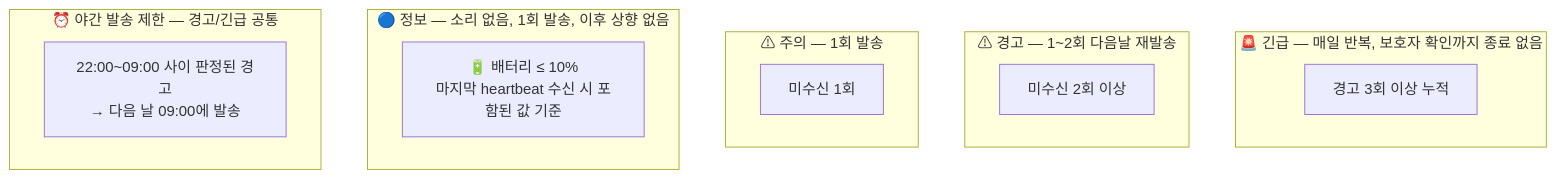
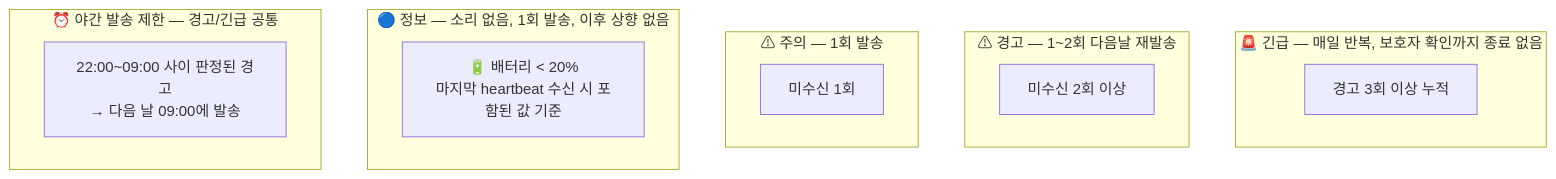
The sixth of 7 diagrams in .ref/heartbeat_flowchart.md (l10s18bok/kr.co.anbucheck), drawn with Mermaid before and after one commit. The commit also changed other lines of this file and 2 other files, not shown here.

First line of the commit message:
문서 개선: 배터리 경고 임계값 10% → 20% 미만, 로컬 알림 안전망 설계 반영

````diff
--- a/.ref/heartbeat_flowchart.md
+++ b/.ref/heartbeat_flowchart.md
@@ -208,22 +208,22 @@
 ```mermaid
 flowchart TD
     subgraph 긴급등급[🚨 긴급 — 매일 반복, 보호자 확인까지 종료 없음]
         U1[경고 3회 이상 누적]
     end
 
     subgraph 경고등급[⚠ 경고 — 1~2회 다음날 재발송]
         W1[미수신 2회 이상]
     end
 
     subgraph 주의등급[⚠ 주의 — 1회 발송]
         C1[미수신 1회]
     end
 
     subgraph 정보등급[🔵 정보 — 소리 없음, 1회 발송, 이후 상향 없음]
-        I1[🔋 배터리 ≤ 10%<br/>마지막 heartbeat 수신 시 포함된 값 기준]
+        I1[🔋 배터리 < 20%<br/>마지막 heartbeat 수신 시 포함된 값 기준]
     end
 
     subgraph 야간발송제한[⏰ 야간 발송 제한 — 경고/긴급 공통]
         N1[22:00~09:00 사이 판정된 경고<br/>→ 다음 날 09:00에 발송]
     end
 ```
````
